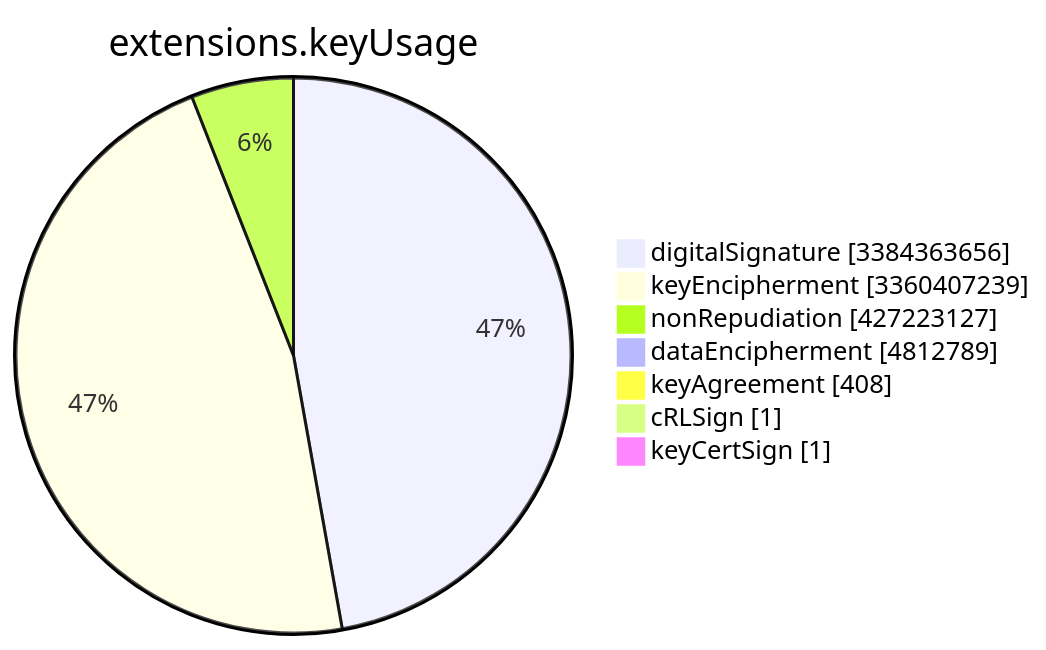
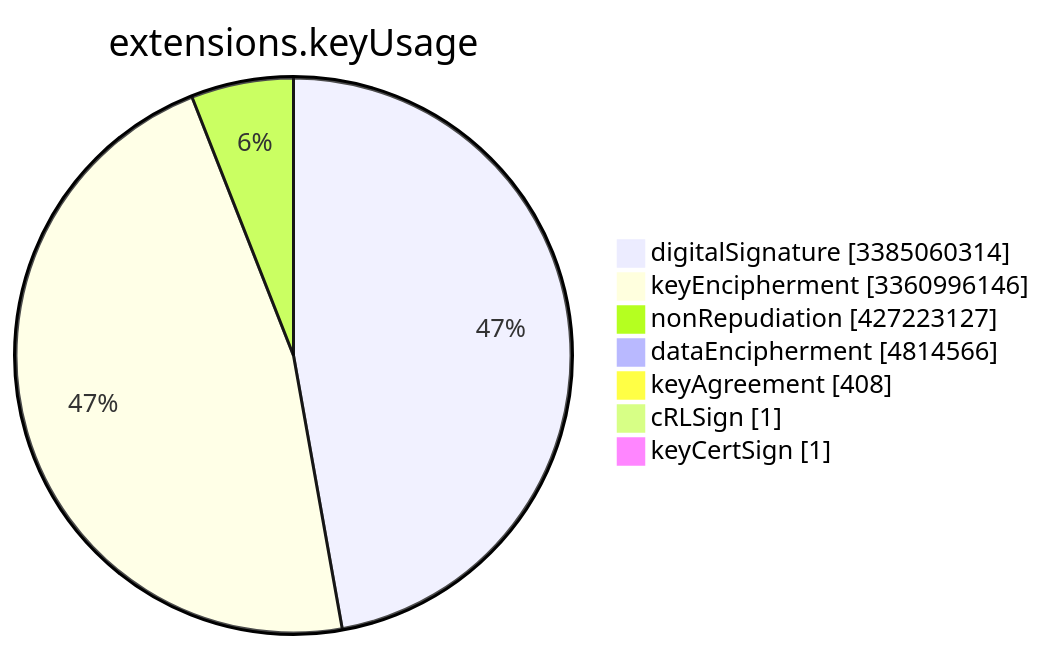
One commit to christiankrug/ctmonitor_visualization changed the sixth of 15 diagrams in TOTAL/README.md. Above: the diagram before and after it, drawn with Mermaid. The commit also changed other lines of this file, not shown here.

````diff
--- a/TOTAL/README.md
+++ b/TOTAL/README.md
@@ -3080,11 +3080,11 @@
 ```mermaid
 pie showData
 title extensions.keyUsage
-"digitalSignature" :3384363656
-"keyEncipherment" :3360407239
+"digitalSignature" :3385060314
+"keyEncipherment" :3360996146
 "nonRepudiation" :427223127
-"dataEncipherment" :4812789
+"dataEncipherment" :4814566
 "keyAgreement" :408
 "cRLSign" :1
 "keyCertSign" :1
 ```
````
